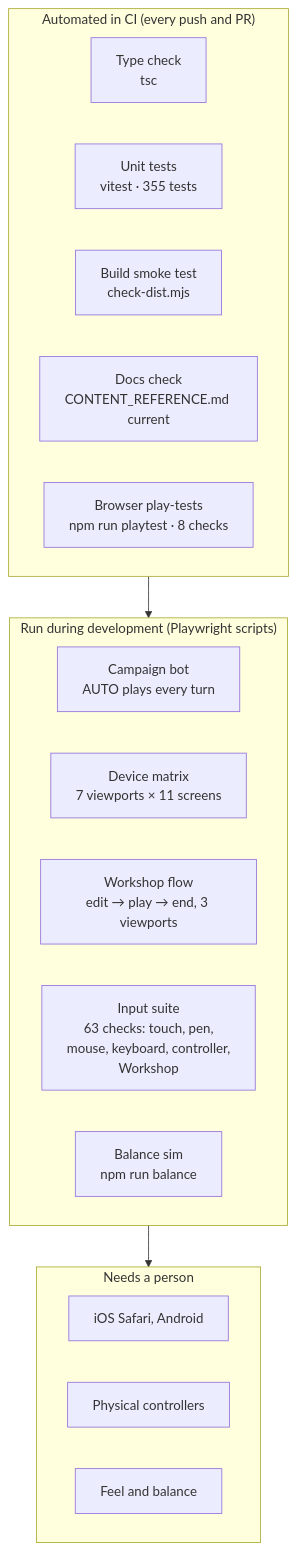
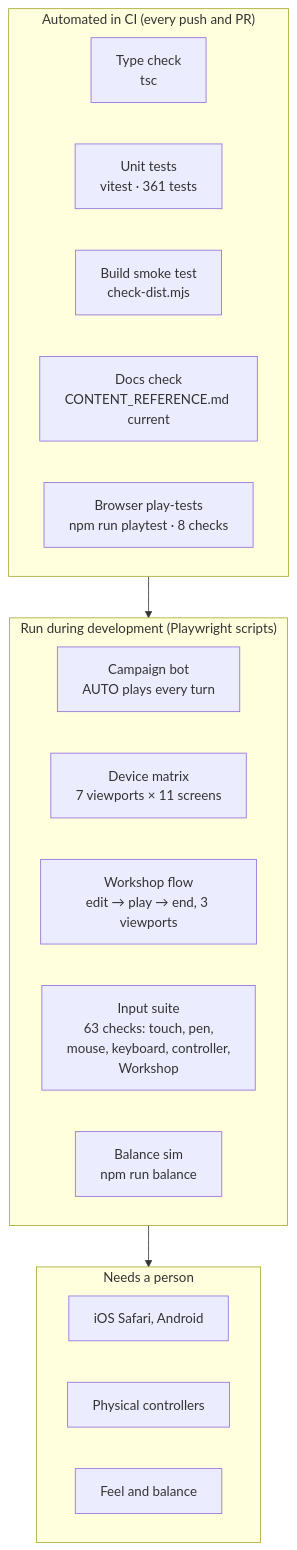
Before and after one commit to CptNope/Chess-RPG-Tactics: the diagram in docs/TESTING.md, drawn with Mermaid. The commit also changed other lines of this file and 19 other files, not shown here.

````diff
--- a/docs/TESTING.md
+++ b/docs/TESTING.md
@@ -9,23 +9,23 @@
 ```mermaid
 flowchart TB
     subgraph Auto["Automated in CI (every push and PR)"]
         T1["Type check<br/>tsc"]
-        T2["Unit tests<br/>vitest · 355 tests"]
+        T2["Unit tests<br/>vitest · 361 tests"]
         T3["Build smoke test<br/>check-dist.mjs"]
         T4["Docs check<br/>CONTENT_REFERENCE.md current"]
         T5["Browser play-tests<br/>npm run playtest · 8 checks"]
     end
     subgraph Dev["Run during development (Playwright scripts)"]
         P1["Campaign bot<br/>AUTO plays every turn"]
         P2["Device matrix<br/>7 viewports × 11 screens"]
         P4["Workshop flow<br/>edit → play → end, 3 viewports"]
         P3["Input suite<br/>63 checks: touch, pen,<br/>mouse, keyboard, controller,<br/>Workshop"]
         P5["Balance sim<br/>npm run balance"]
     end
     subgraph Human["Needs a person"]
         H1["iOS Safari, Android"]
         H2["Physical controllers"]
         H3["Feel and balance"]
     end
     Auto --> Dev --> Human
 ```
````
